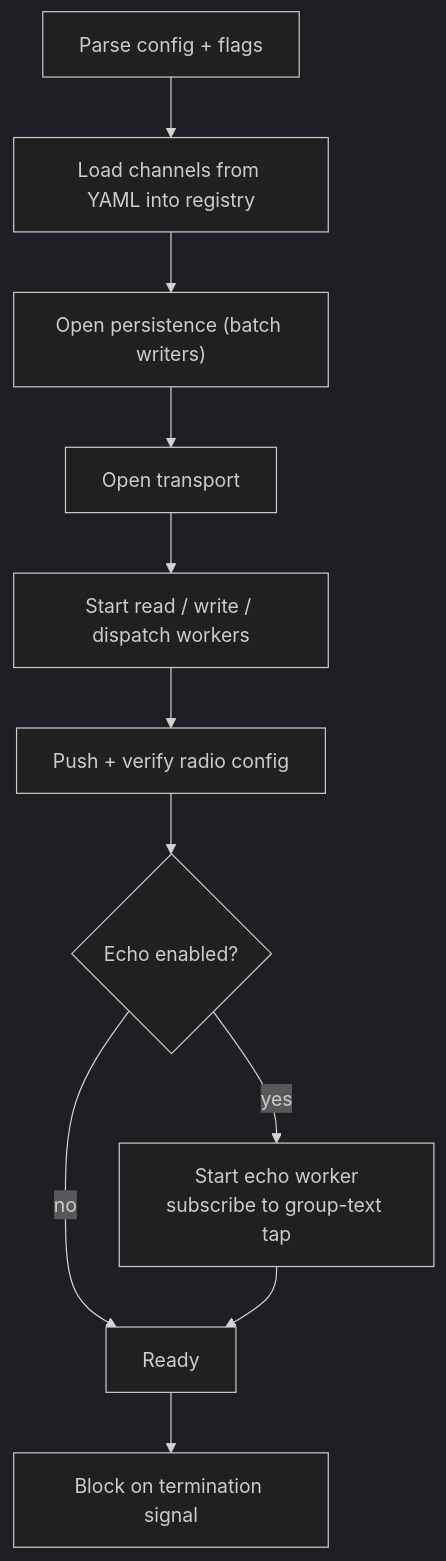
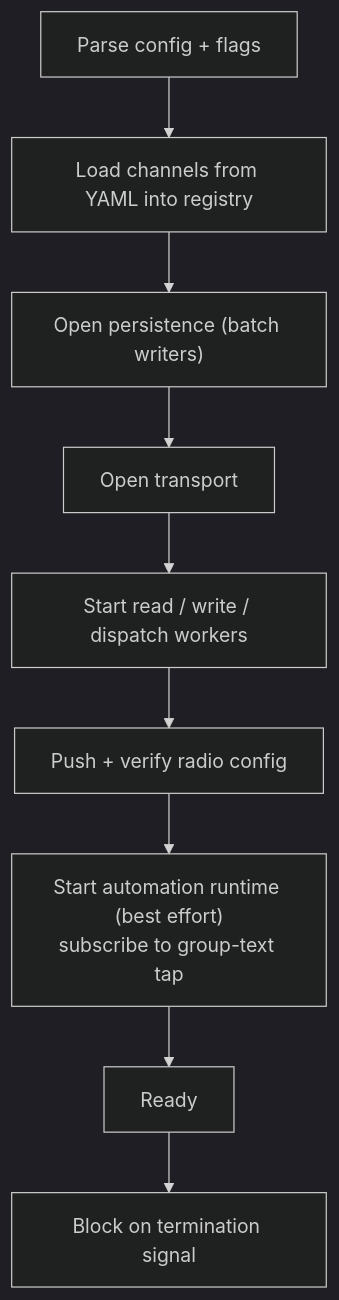
One commit to MauriceKremer/kam changed diagram 14 of 17 in docs/DESIGN.md. Above: the diagram before and after it, drawn with Mermaid (dark theme). The commit also changed other lines of this file and 80 other files, not shown here.

````diff
--- a/docs/DESIGN.md
+++ b/docs/DESIGN.md
@@ -481,13 +496,11 @@
 ```mermaid
 flowchart TD
     A["Parse config + flags"] --> B["Load channels from YAML into registry"]
     B --> C["Open persistence (batch writers)"]
     C --> D["Open transport"]
     D --> E["Start read / write / dispatch workers"]
     E --> F["Push + verify radio config"]
-    F --> G{"Echo enabled?"}
-    G -->|yes| H["Start echo worker<br/>subscribe to group-text tap"]
-    G -->|no| I["Ready"]
-    H --> I
+    F --> G["Start automation runtime (best effort)<br/>subscribe to group-text tap"]
+    G --> I["Ready"]
     I --> J["Block on termination signal"]
 ```
````
